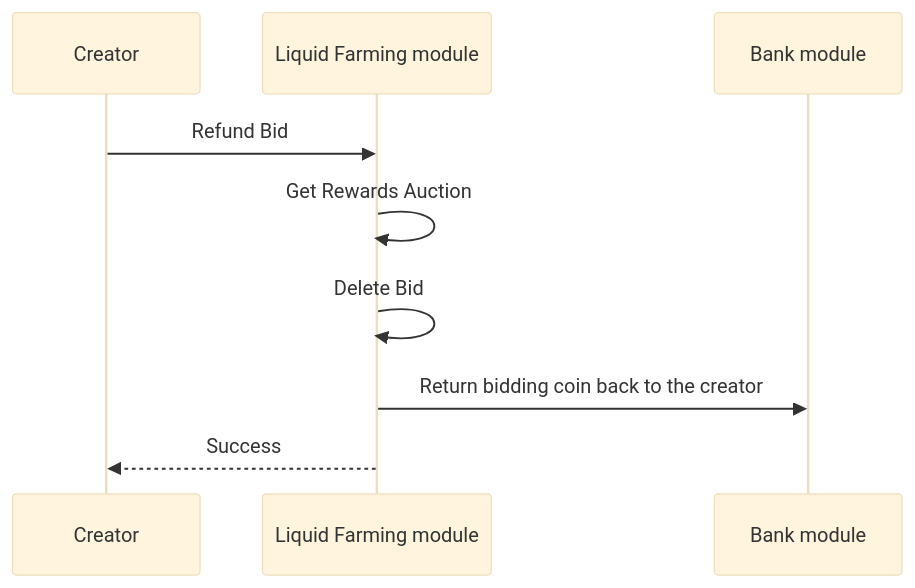
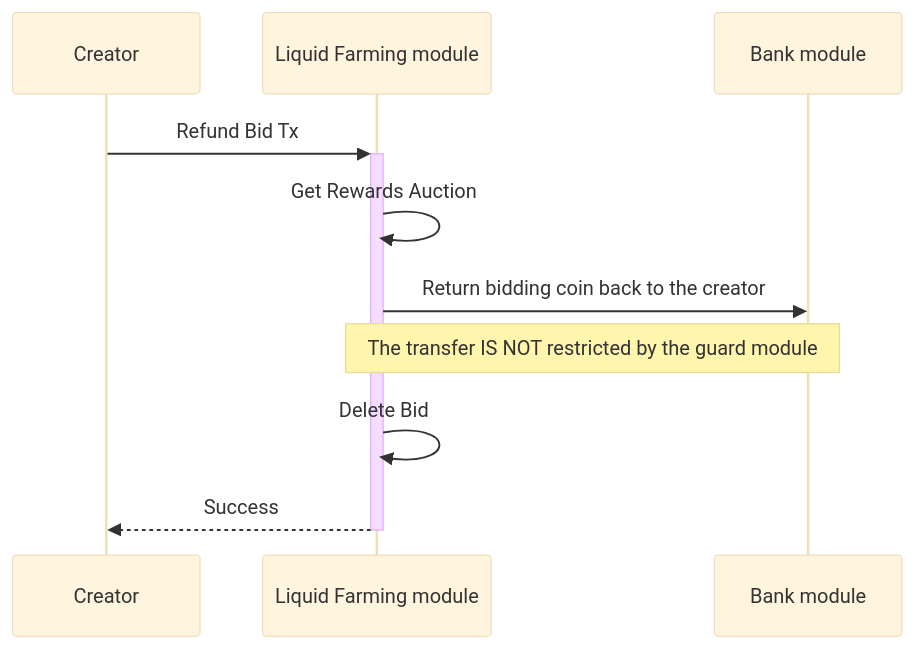
One commit to MANTRA-Chain/mantrachain changed the fifth of 6 diagrams in x/liquidfarming/spec/08_txs_flows.md. Above: the diagram before and after it, drawn with Mermaid (base theme). The commit also changed other lines of this file and 12 other files, not shown here.

Commit message:
docs: add update txs flows docs

````diff
--- a/x/liquidfarming/spec/08_txs_flows.md
+++ b/x/liquidfarming/spec/08_txs_flows.md
@@ -52,8 +63,9 @@
 ```mermaid
 sequenceDiagram
-Creator ->> Liquid Farming module: Refund Bid
+Creator->>+Liquid Farming module: Refund Bid Tx
 Liquid Farming module->>Liquid Farming module: Get Rewards Auction
+Liquid Farming module->>Bank module: Return bidding coin back to the creator
+Note over Liquid Farming module, Bank module: The transfer IS NOT restricted by the guard module
 Liquid Farming module->>Liquid Farming module: Delete Bid
-Liquid Farming module->>Bank module: Return bidding coin back to the creator
-Liquid Farming module-->> Creator: Success
+Liquid Farming module-->>-Creator: Success
 ```
````
